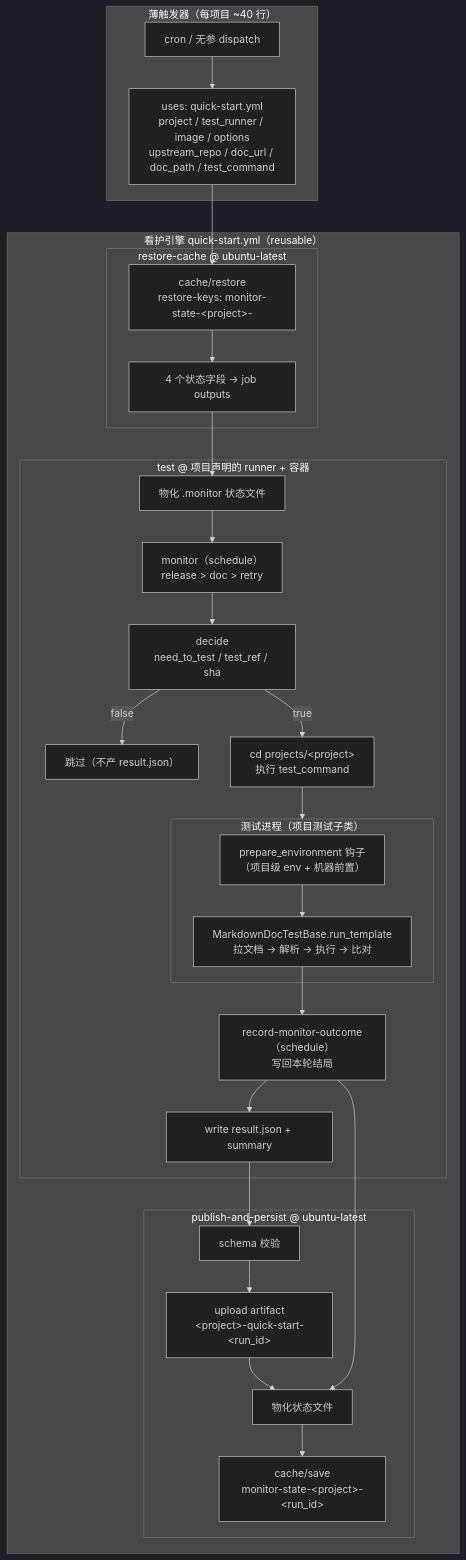
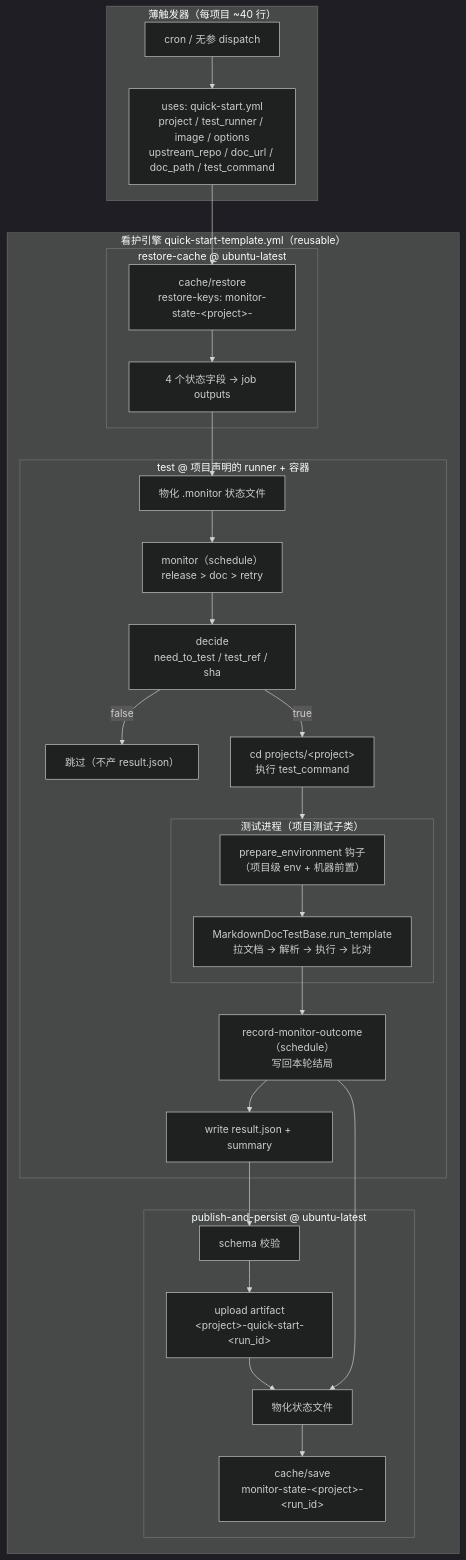
One commit to cosdt-ci-test/workflows changed the first of 2 diagrams in docs/design-quickstart-common-template.md. Above: the diagram before and after it, drawn with Mermaid (dark theme). The commit also changed other lines of this file and 4 other files, not shown here.

````diff
--- a/docs/design-quickstart-common-template.md
+++ b/docs/design-quickstart-common-template.md
@@ -98,30 +98,30 @@
 ```mermaid
 flowchart TD
     subgraph thin["薄触发器（每项目 ~40 行）"]
         CRON["cron / 无参 dispatch"] --> CALL["uses: quick-start.yml<br/>project / test_runner / image / options<br/>upstream_repo / doc_url / doc_path / test_command"]
     end
-    subgraph engine["看护引擎 quick-start.yml（reusable）"]
+    subgraph engine["看护引擎 quick-start-template.yml（reusable）"]
         subgraph rc["restore-cache @ ubuntu-latest"]
             R1["cache/restore<br/>restore-keys: monitor-state-&lt;project&gt;-"] --> R2["4 个状态字段 → job outputs"]
         end
         subgraph t["test @ 项目声明的 runner + 容器"]
             M1["物化 .monitor 状态文件"] --> M2["monitor（schedule）<br/>release &gt; doc &gt; retry"]
             M2 --> M3["decide<br/>need_to_test / test_ref / sha"]
             M3 -- "false" --> SKIP["跳过（不产 result.json）"]
             M3 -- "true" --> M4["cd projects/&lt;project&gt;<br/>执行 test_command"]
             subgraph proc["测试进程（项目测试子类）"]
                 H1["prepare_environment 钩子<br/>（项目级 env + 机器前置）"] --> H2["MarkdownDocTestBase.run_template<br/>拉文档 → 解析 → 执行 → 比对"]
             end
             M4 --> proc
             H2 --> M5["record-monitor-outcome（schedule）<br/>写回本轮结局"]
             M5 --> M6["write result.json + summary"]
         end
         subgraph pp["publish-and-persist @ ubuntu-latest"]
             P1["schema 校验"] --> P2["upload artifact<br/>&lt;project&gt;-quick-start-&lt;run_id&gt;"] --> P3["物化状态文件"] --> P4["cache/save<br/>monitor-state-&lt;project&gt;-&lt;run_id&gt;"]
         end
     end
     CALL --> R1
     R2 --> M1
     M6 --> P1
     M5 --> P3
 ```
````
